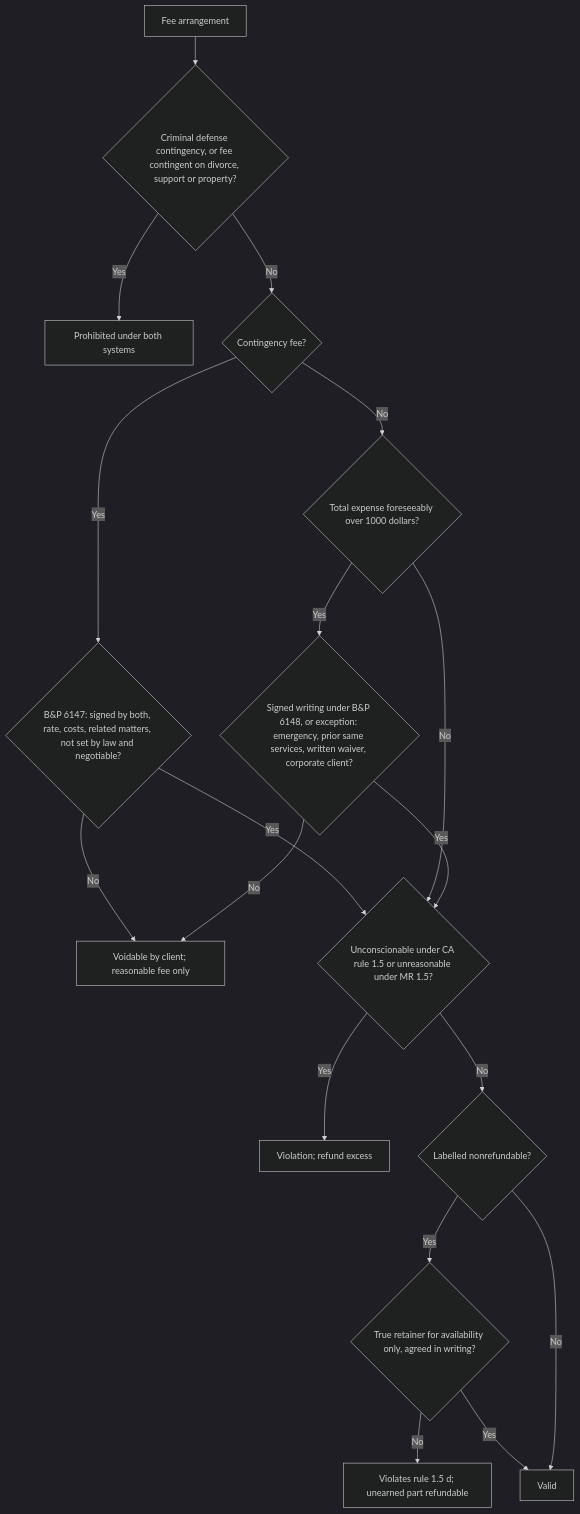
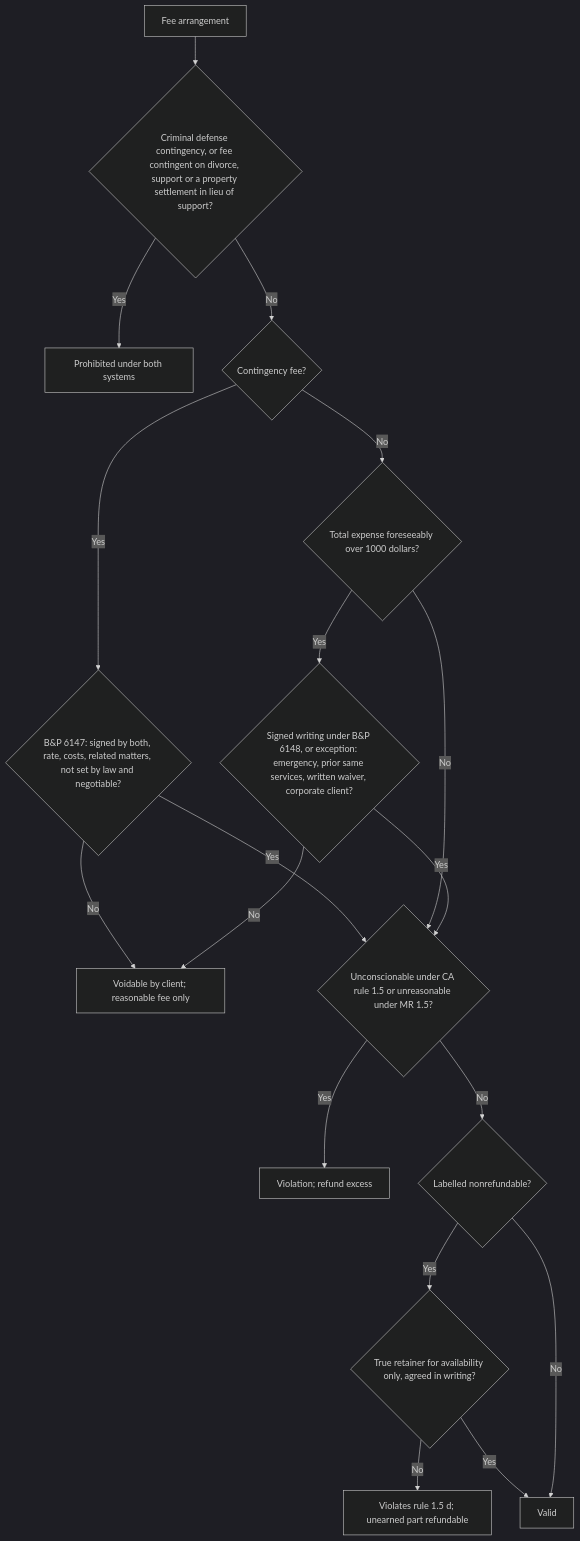
One commit to FrankHuang94/ca-bar-prep-claude changed the sixth of 10 diagrams in 03-subjects/professional-responsibility/flowcharts.md. Above: the diagram before and after it, drawn with Mermaid (dark theme). The commit also changed 15 other files, not shown here.

````diff
--- a/03-subjects/professional-responsibility/flowcharts.md
+++ b/03-subjects/professional-responsibility/flowcharts.md
@@ -104,20 +104,20 @@
 ```mermaid
 flowchart TD
-  A["Fee arrangement"] --> B{"Criminal defense contingency, or fee contingent on divorce, support or property?"}
+  A["Fee arrangement"] --> B{"Criminal defense contingency, or fee contingent on divorce, support or a property settlement in lieu of support?"}
   B -- Yes --> X["Prohibited under both systems"]
   B -- No --> C{"Contingency fee?"}
   C -- Yes --> D{"B&P 6147: signed by both, rate, costs, related matters, not set by law and negotiable?"}
   D -- No --> V["Voidable by client; reasonable fee only"]
   D -- Yes --> U
   C -- No --> E{"Total expense foreseeably over 1000 dollars?"}
   E -- No --> U
   E -- Yes --> F{"Signed writing under B&P 6148, or exception: emergency, prior same services, written waiver, corporate client?"}
   F -- No --> V
   F -- Yes --> U{"Unconscionable under CA rule 1.5 or unreasonable under MR 1.5?"}
   U -- Yes --> X2["Violation; refund excess"]
   U -- No --> W{"Labelled nonrefundable?"}
   W -- Yes --> W1{"True retainer for availability only, agreed in writing?"}
   W1 -- No --> X3["Violates rule 1.5 d; unearned part refundable"]
   W1 -- Yes --> OK["Valid"]
   W -- No --> OK
 ```
````
